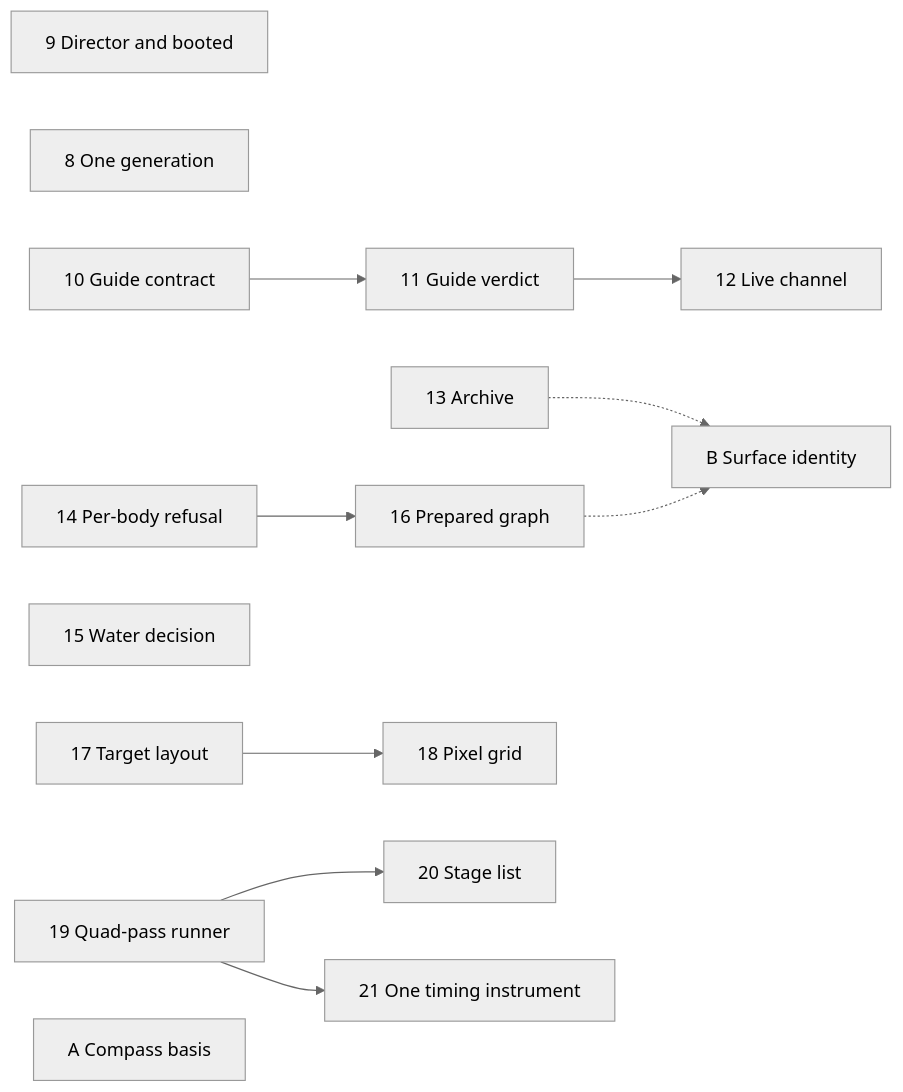
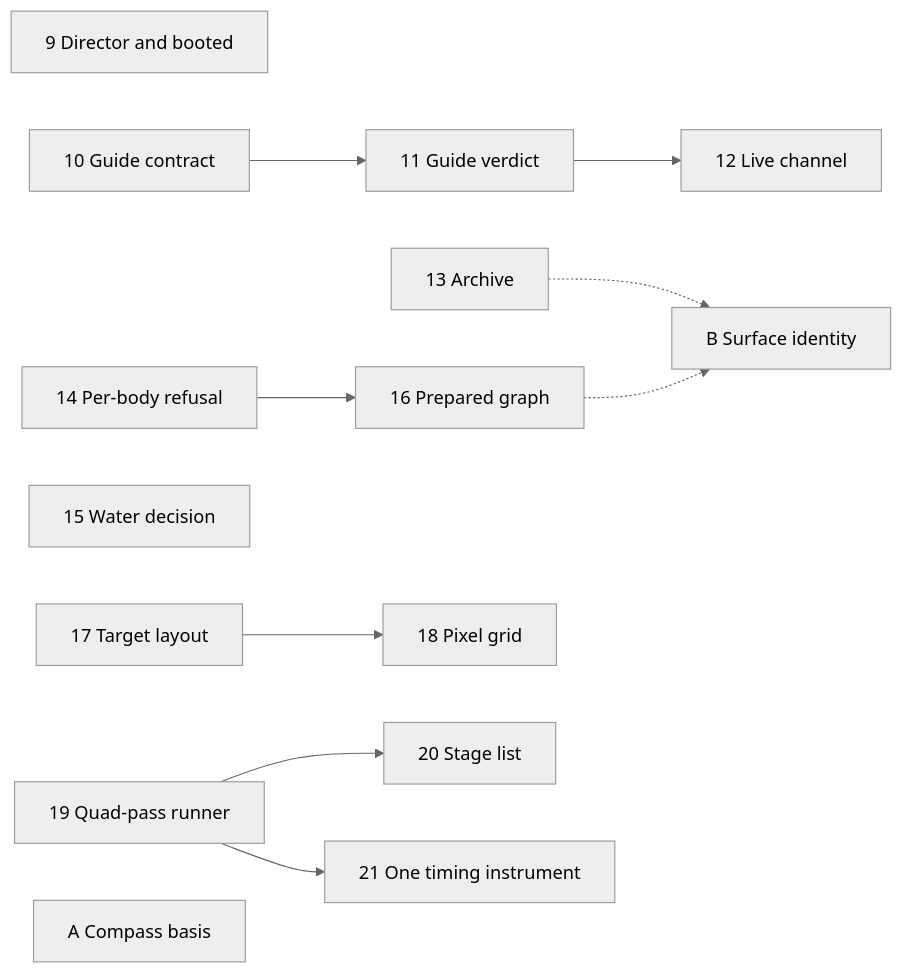
One commit to jonjaques/inertialref changed the diagram in design/plans/arch-review.md. Above: the diagram before and after it, drawn with Mermaid (neutral theme). The commit also changed other lines of this file and 9 other files, not shown here.

First line of the commit message:
refactor: the engine's derived state keys on one world generation (#115)

````diff
--- a/design/plans/arch-review.md
+++ b/design/plans/arch-review.md
@@ -70,15 +70,14 @@
 ```mermaid
 flowchart LR
   P9[9 Director and booted]
-  P8[8 One generation]
   P10[10 Guide contract] --> P11[11 Guide verdict] --> P12[12 Live channel]
   P13[13 Archive]
   P14[14 Per-body refusal] --> P16[16 Prepared graph]
   P15[15 Water decision]
   P17[17 Target layout] --> P18[18 Pixel grid]
   P19[19 Quad-pass runner] --> P20[20 Stage list]
   P19 --> P21[21 One timing instrument]
   A[A Compass basis]
   P13 -.-> B[B Surface identity]
   P16 -.-> B
 ```
````
